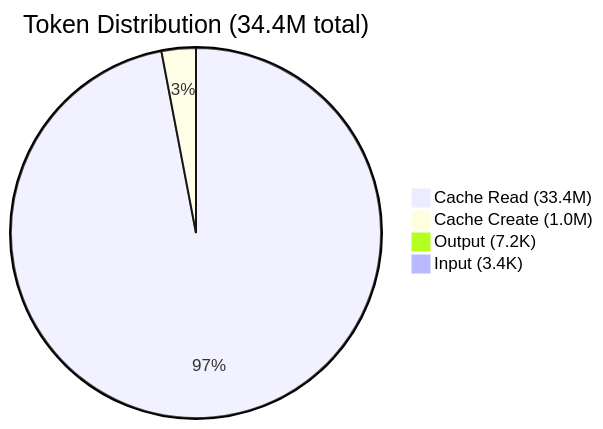
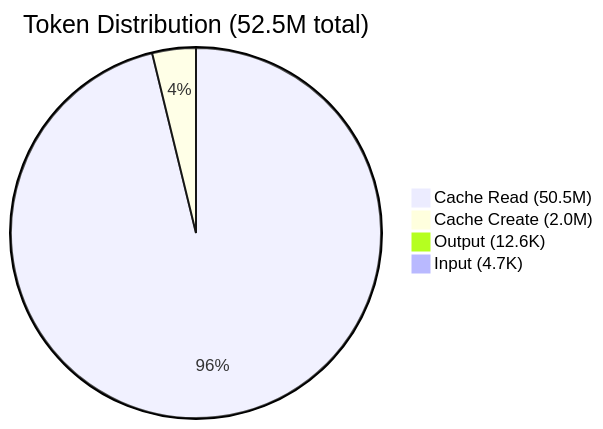
One commit to atlantdak/claude-code-hackathon-xbo-market-kit changed the fifth of 8 diagrams in README.md. Above: the diagram before and after it, drawn with Mermaid. The commit also changed other lines of this file and 3 other files, not shown here.

````diff
--- a/README.md
+++ b/README.md
@@ -101,7 +104,7 @@
 ```mermaid
-pie title Token Distribution (34.4M total)
-    "Cache Read (33.4M)" : 33400
-    "Cache Create (1.0M)" : 1032
-    "Output (7.2K)" : 7
-    "Input (3.4K)" : 3
+pie title Token Distribution (52.5M total)
+    "Cache Read (50.5M)" : 50500
+    "Cache Create (2.0M)" : 2000
+    "Output (12.6K)" : 13
+    "Input (4.7K)" : 5
 ```
````
